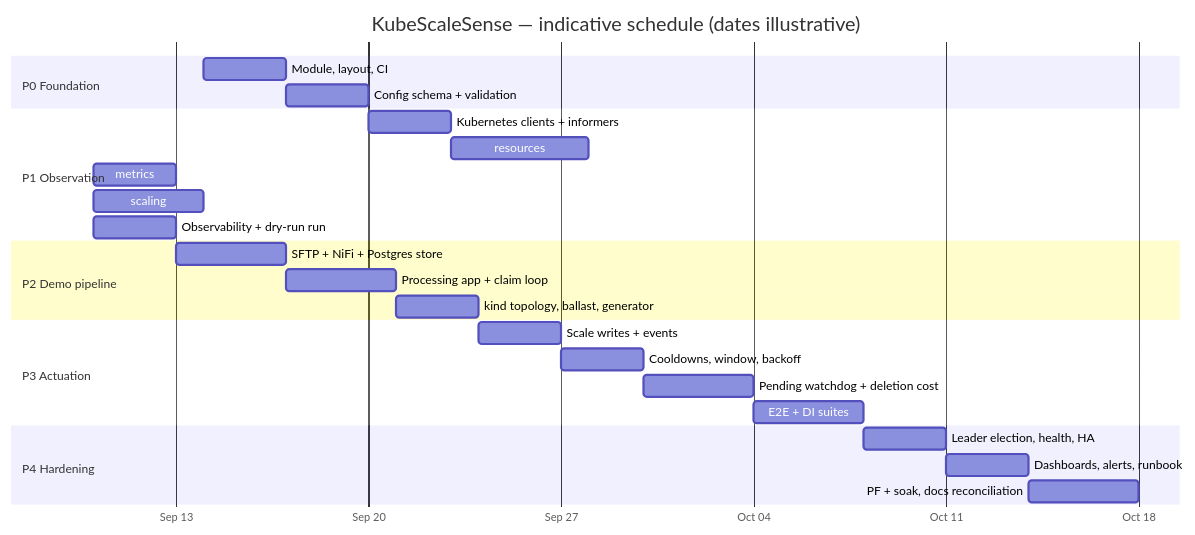
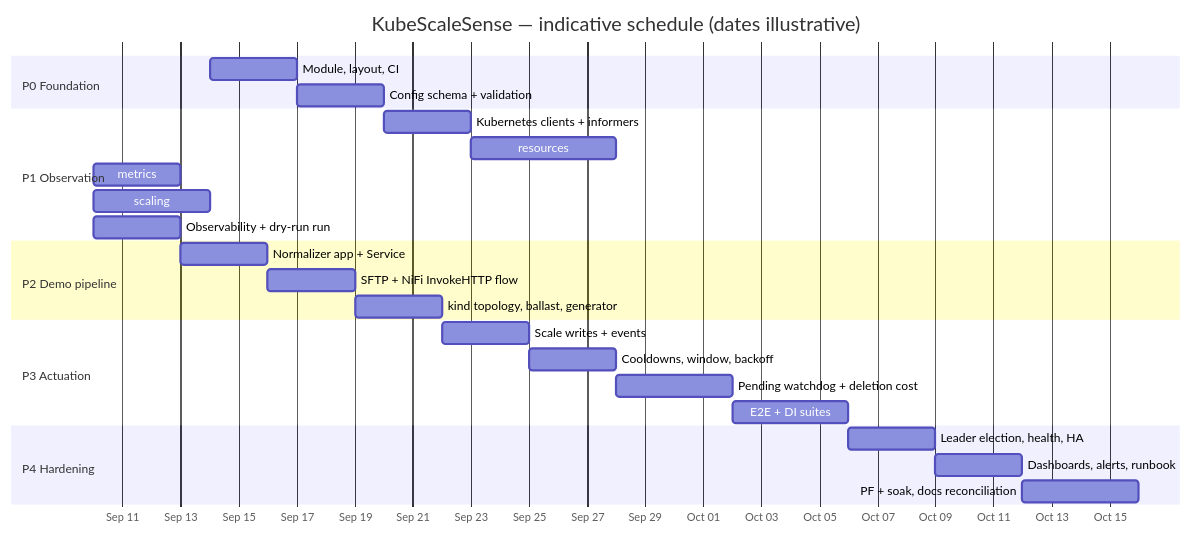
One commit to jensilin/KubeScaleSense changed the second of 2 diagrams in docs/implementation-plan.md. Above: the diagram before and after it, drawn with Mermaid. The commit also changed other lines of this file and 8 other files, not shown here.

Commit message:
docs: simplify KubeScaleSense architecture

````diff
--- a/docs/implementation-plan.md
+++ b/docs/implementation-plan.md
@@ -74,33 +91,33 @@
 ```mermaid
 gantt
     title KubeScaleSense — indicative schedule (dates illustrative)
     dateFormat YYYY-MM-DD
     axisFormat %b %d
 
     section P0 Foundation
     Module, layout, CI            :p0a, 2026-09-14, 3d
     Config schema + validation    :p0b, after p0a, 3d
 
     section P1 Observation
     Kubernetes clients + informers :p1a, after p0b, 3d
     resources: fit capacity        :p1b, after p1a, 5d
-    metrics: backlog + utilization :p1c, after p1b, 3d
+    metrics: pressure + utilization :p1c, after p1b, 3d
     scaling: pure Decide           :p1d, after p1c, 4d
     Observability + dry-run run    :p1e, after p1d, 3d
 
     section P2 Demo pipeline
-    SFTP + NiFi + Postgres store   :p2a, after p1e, 4d
-    Processing app + claim loop    :p2b, after p2a, 4d
+    Normalizer app + Service       :p2a, after p1e, 3d
+    SFTP + NiFi InvokeHTTP flow    :p2b, after p2a, 3d
     kind topology, ballast, generator :p2c, after p2b, 3d
 
     section P3 Actuation
     Scale writes + events          :p3a, after p2c, 3d
     Cooldowns, window, backoff     :p3b, after p3a, 3d
     Pending watchdog + deletion cost :p3c, after p3b, 4d
     E2E + DI suites                :p3d, after p3c, 4d
 
     section P4 Hardening
     Leader election, health, HA    :p4a, after p3d, 3d
     Dashboards, alerts, runbook    :p4b, after p4a, 3d
     PF + soak, docs reconciliation :p4c, after p4b, 4d
 ```
````
